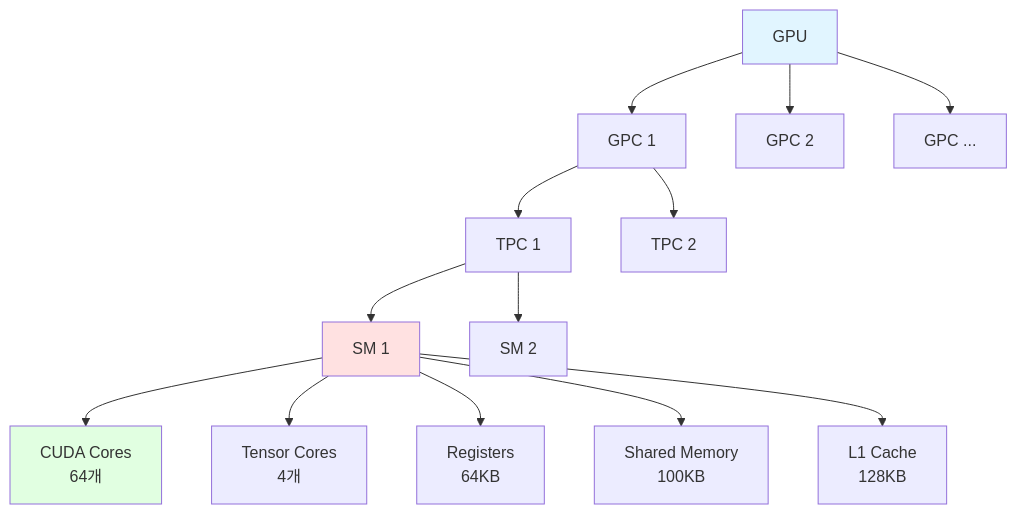
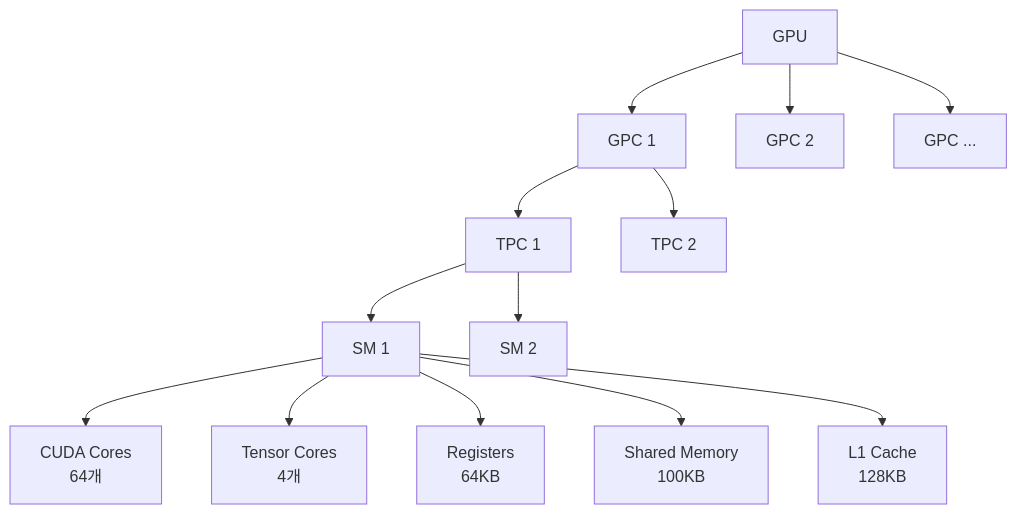
The second of 4 diagrams in docs/cuda/nvidia-cuda-architecture.md (juwon8891/juwon8891.github.io), drawn with Mermaid before and after one commit. The commit also changed other lines of this file and 18 other files, not shown here.

Commit message:
Remove bright colors from Mermaid diagrams for dark mode compatibility

````diff
--- a/docs/cuda/nvidia-cuda-architecture.md
+++ b/docs/cuda/nvidia-cuda-architecture.md
@@ -281,22 +277,19 @@
 ```mermaid
 graph TD
     A[GPU] --> B1[GPC 1]
     A --> B2[GPC 2]
     A --> B3[GPC ...]
 
     B1 --> C1[TPC 1]
     B1 --> C2[TPC 2]
 
     C1 --> D1[SM 1]
     C1 --> D2[SM 2]
 
     D1 --> E1[CUDA Cores<br/>64개]
     D1 --> E2[Tensor Cores<br/>4개]
     D1 --> E3[Registers<br/>64KB]
     D1 --> E4[Shared Memory<br/>100KB]
     D1 --> E5[L1 Cache<br/>128KB]
 
-    style A fill:#e1f5ff
-    style D1 fill:#ffe1e1
-    style E1 fill:#e1ffe1
 ```
````
